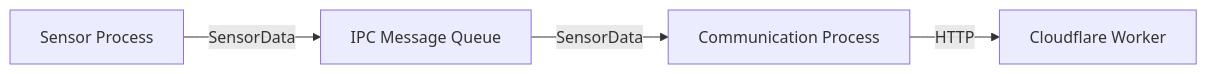
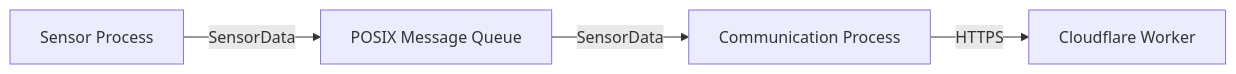
Before and after one commit to yujimasuda77777/Raspberry_Pi_4B_Edge_IoT_System: the fourth of 15 diagrams in docs/04_data_ipc_communication.md, drawn with Mermaid. The commit also changed other lines of this file and 1 other file, not shown here.

````diff
--- a/docs/04_data_ipc_communication.md
+++ b/docs/04_data_ipc_communication.md
@@ -255,11 +260,11 @@
 ```mermaid
 flowchart LR
     SensorProcess["Sensor Process"]
-    IPC["IPC Message Queue"]
+    IPC["POSIX Message Queue"]
     CommProcess["Communication Process"]
     Worker["Cloudflare Worker"]
 
     SensorProcess -->|SensorData| IPC
     IPC -->|SensorData| CommProcess
-    CommProcess -->|HTTP| Worker
+    CommProcess -->|HTTPS| Worker
 ```
````
